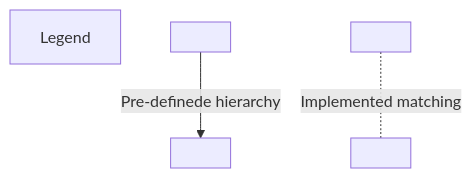
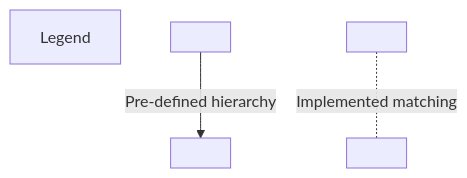
Before and after one commit to BETSAKA/Rural_obs_Madagascar: the first of 2 diagrams in 03-ros-data-georeferencing.qmd, drawn with Mermaid. The commit also changed other lines of this file and 24 other files, not shown here.

````diff
--- a/03-ros-data-georeferencing.qmd
+++ b/03-ros-data-georeferencing.qmd
@@ -144,14 +143,14 @@
 ```{mermaid}
 
 graph TD
 
 A[Legend]
 
 W[ ]
 X[ ]
 Y[ ]
 Z[ ]
 
-W -->|Pre-definede hierarchy| X
+W -->|Pre-defined hierarchy| X
 Y -.-|Implemented matching|Z
 ```
````
